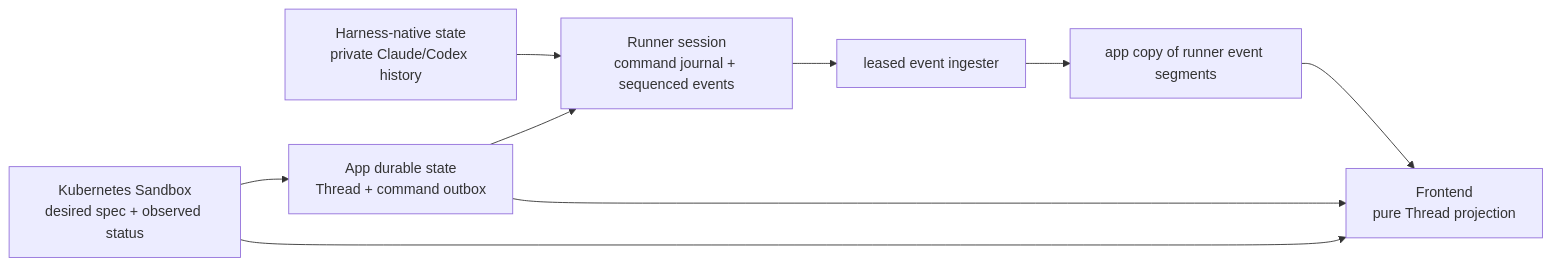
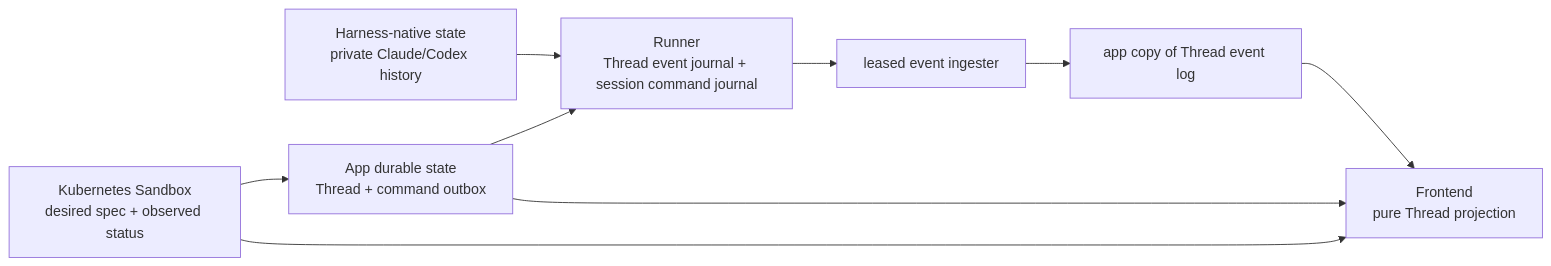
The diagram in x/agentplane/docs/thread_layering.md (agentydragon/ducktape), drawn with Mermaid before and after one commit. The commit also changed other lines of this file and 1 other file, not shown here.

Commit message:
docs(agentplane): plan one Thread event log

````diff
--- a/x/agentplane/docs/thread_layering.md
+++ b/x/agentplane/docs/thread_layering.md
@@ -16,11 +16,11 @@
 ```mermaid
 flowchart LR
-    H[Harness-native state<br/>private Claude/Codex history] --> R[Runner session<br/>command journal + sequenced events]
+    H[Harness-native state<br/>private Claude/Codex history] --> R[Runner<br/>Thread event journal + session command journal]
     A[App durable state<br/>Thread + command outbox] --> R
     R --> I[leased event ingester]
-    I --> E[app copy of runner event segments]
+    I --> E[app copy of Thread event log]
     K[Kubernetes Sandbox<br/>desired spec + observed status] --> A
     A --> F[Frontend<br/>pure Thread projection]
     E --> F
     K --> F
 ```
````
